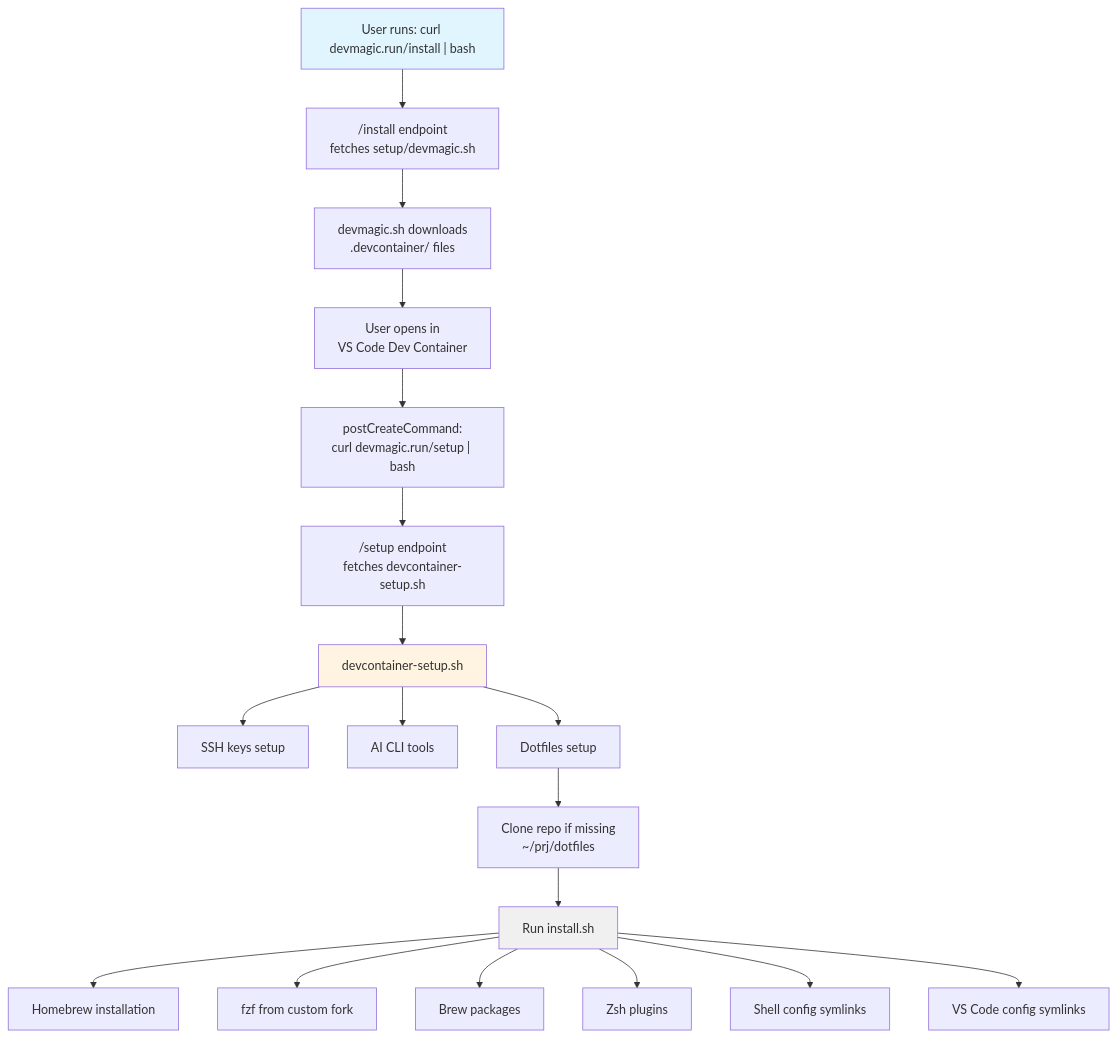
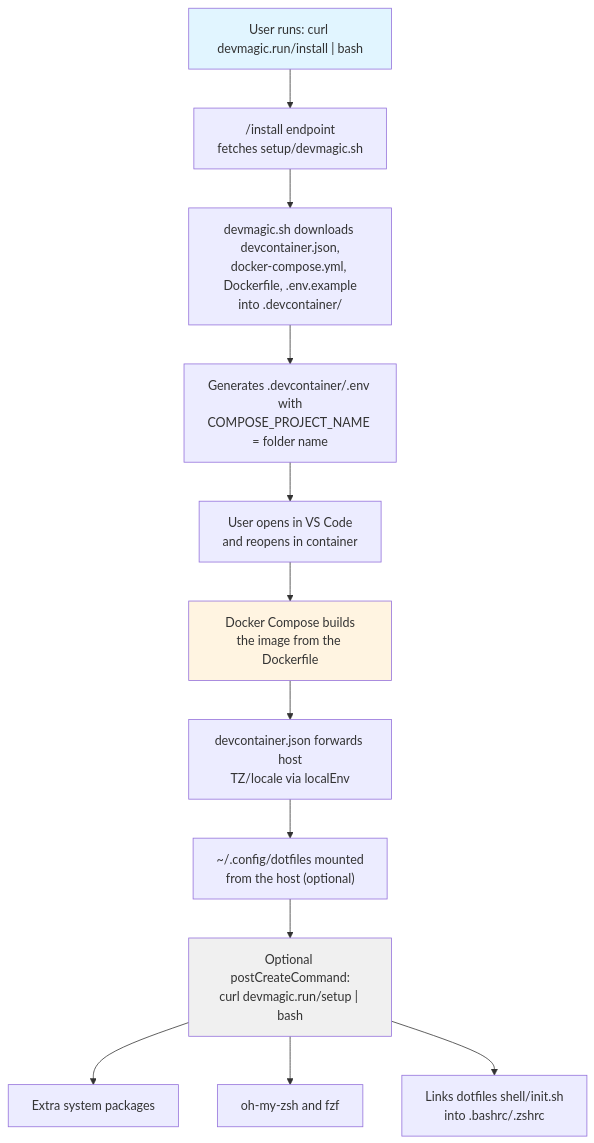
The diagram in docs/ARCHITECTURE.md (marcelocra/devmagic), drawn with Mermaid before and after one commit. The commit also changed other lines of this file and 13 other files, not shown here.

First line of the commit message:
feat: rebase main devcontainer recommendation on compose+Dockerfile setup

````diff
--- a/docs/ARCHITECTURE.md
+++ b/docs/ARCHITECTURE.md
@@ -142,27 +125,19 @@
 ```mermaid
 flowchart TD
     A["User runs: curl devmagic.run/install | bash"] --> B["/install endpoint<br/>fetches setup/devmagic.sh"]
-    B --> C["devmagic.sh downloads<br/>.devcontainer/ files"]
-    C --> D["User opens in<br/>VS Code Dev Container"]
-    D --> E["postCreateCommand:<br/>curl devmagic.run/setup | bash"]
-    E --> F["/setup endpoint<br/>fetches devcontainer-setup.sh"]
-    F --> G["devcontainer-setup.sh"]
+    B --> C["devmagic.sh downloads devcontainer.json,<br/>docker-compose.yml, Dockerfile, .env.example<br/>into .devcontainer/"]
+    C --> C2["Generates .devcontainer/.env with<br/>COMPOSE_PROJECT_NAME = folder name"]
+    C2 --> D["User opens in VS Code<br/>and reopens in container"]
+    D --> E["Docker Compose builds<br/>the image from the Dockerfile"]
+    E --> F["devcontainer.json forwards host<br/>TZ/locale via localEnv"]
+    F --> G["~/.config/dotfiles mounted<br/>from the host (optional)"]
+    G --> H["Optional postCreateCommand:<br/>curl devmagic.run/setup | bash"]
 
-    G --> H["SSH keys setup"]
-    G --> I["AI CLI tools"]
-    G --> J["Dotfiles setup"]
-
-    J --> K["Clone repo if missing<br/>~/prj/dotfiles"]
-    K --> L["Run install.sh"]
-
-    L --> M["Homebrew installation"]
-    L --> N["fzf from custom fork"]
-    L --> O["Brew packages"]
-    L --> P["Zsh plugins"]
-    L --> Q["Shell config symlinks"]
-    L --> R["VS Code config symlinks"]
+    H --> I["Extra system packages"]
+    H --> J["oh-my-zsh and fzf"]
+    H --> K["Links dotfiles shell/init.sh<br/>into .bashrc/.zshrc"]
 
     style A fill:#e1f5ff
-    style G fill:#fff4e1
-    style L fill:#f0f0f0
+    style E fill:#fff4e1
+    style H fill:#f0f0f0
 ```
````
